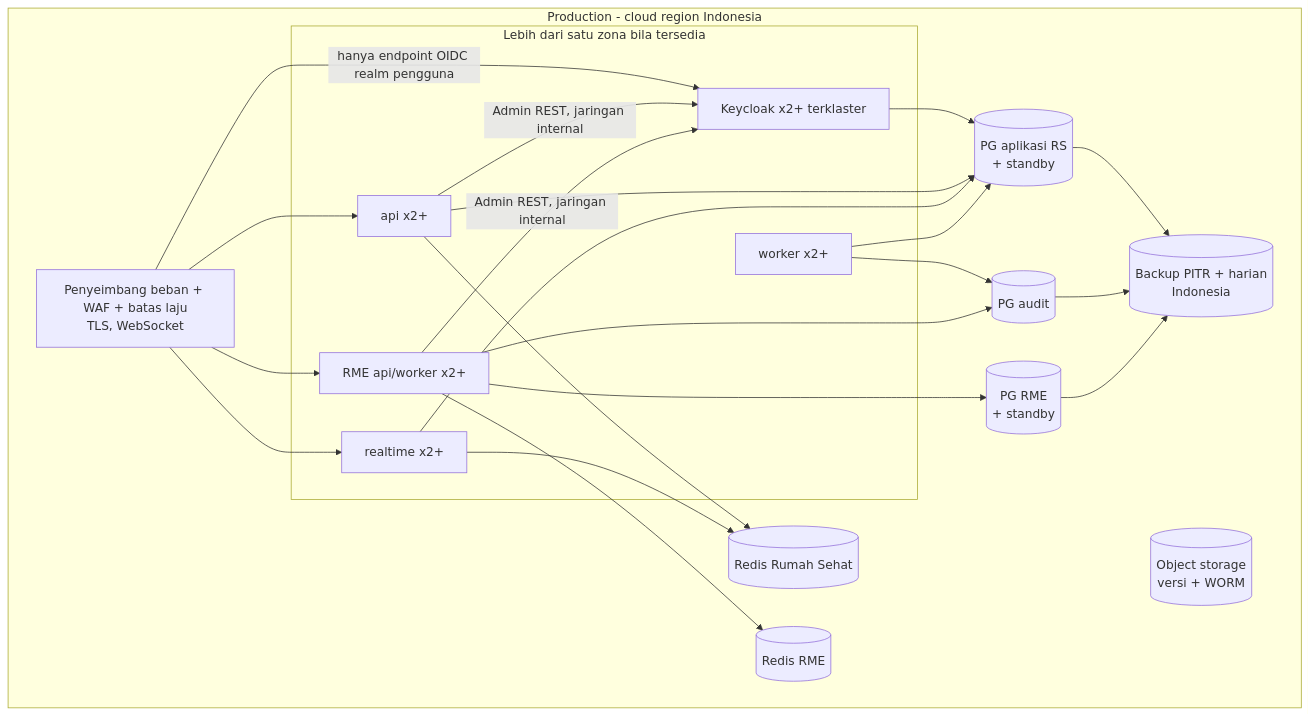
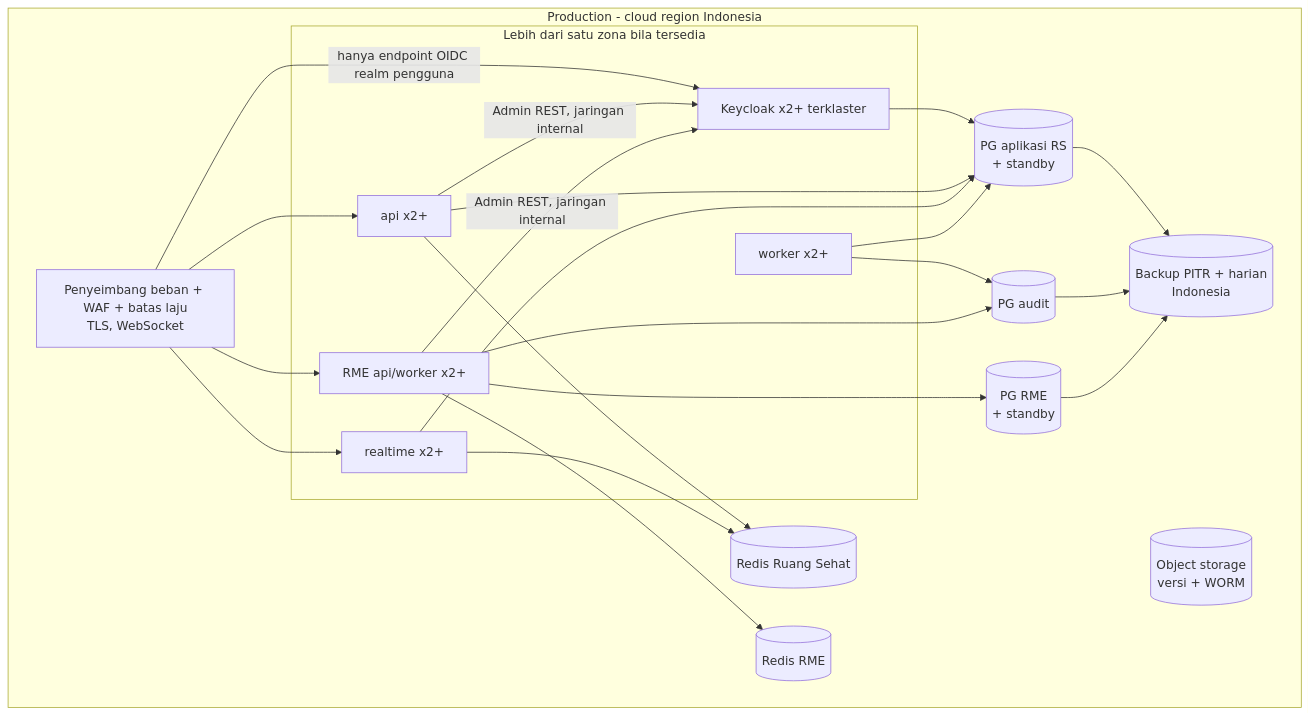
The seventh of 7 diagrams in docs/04-arsitektur.md (yuliandryfm/Rumah-Sehat), drawn with Mermaid before and after one commit. The commit also changed other lines of this file and 57 other files, not shown here.

First line of the commit message:
CR-016: nama aplikasi menjadi "Ruang Sehat"

````diff
--- a/docs/04-arsitektur.md
+++ b/docs/04-arsitektur.md
@@ -262,31 +262,31 @@
 ```mermaid
 flowchart TB
   subgraph PROD[Production - cloud region Indonesia]
     LB[Penyeimbang beban + WAF + batas laju<br/>TLS, WebSocket]
     subgraph Z[Lebih dari satu zona bila tersedia]
       A1[api x2+]
       R1[realtime x2+]
       W1[worker x2+]
       RMEP[RME api/worker x2+]
       KCP[Keycloak x2+ terklaster]
     end
-    RDS[(Redis Rumah Sehat)]
+    RDS[(Redis Ruang Sehat)]
     RDR[(Redis RME)]
     PGA[(PG aplikasi RS<br/>+ standby)]
     PGU[(PG audit)]
     PGR[(PG RME<br/>+ standby)]
     OBJ[(Object storage<br/>versi + WORM)]
     BK[(Backup PITR + harian<br/>Indonesia)]
   end
   LB --> A1 & R1 & RMEP
   LB -->|hanya endpoint OIDC realm pengguna| KCP
   A1 & RMEP -->|Admin REST, jaringan internal| KCP
   KCP --> PGA
   A1 & R1 --> RDS
   RMEP --> RDR
   A1 & R1 & W1 --> PGA
   W1 --> PGU
   RMEP --> PGR
   RMEP --> PGU
   PGA & PGU & PGR --> BK
 ```
````
